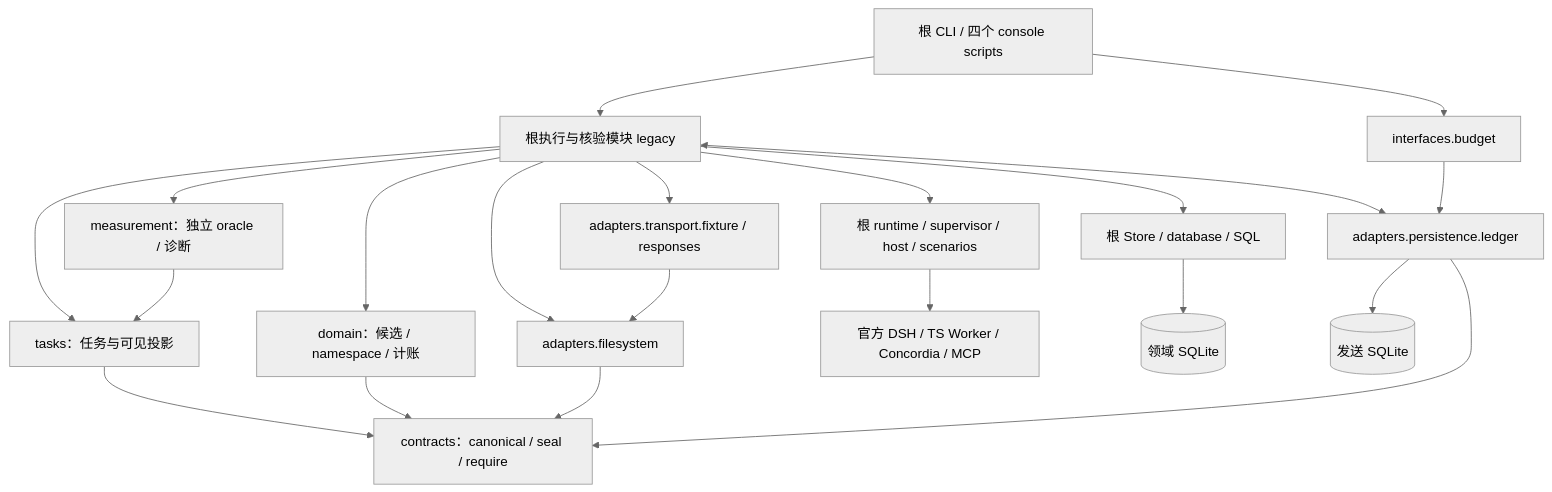
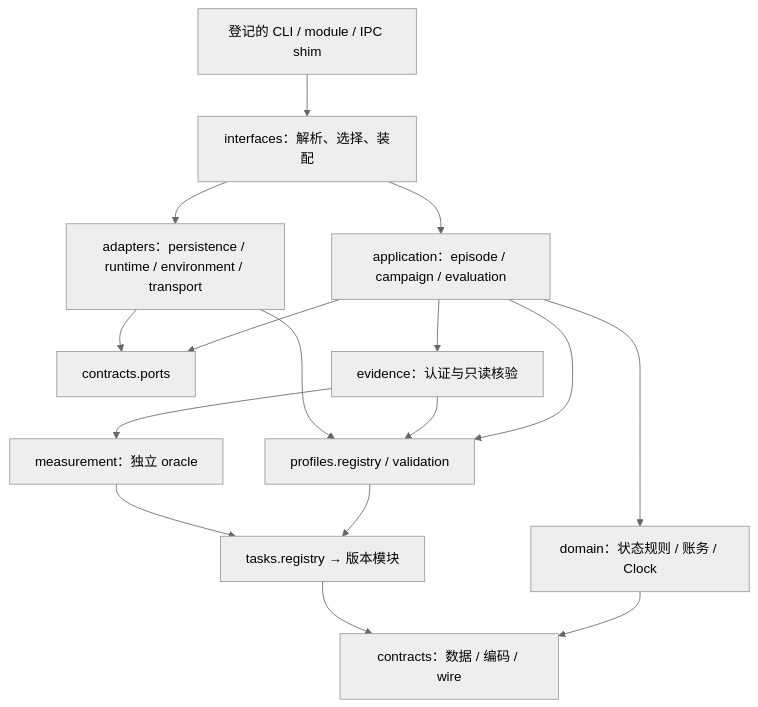
Before and after one commit to ChaunceyKung/Actio-RSI-infra: the diagram in docs/architecture/README.md, drawn with Mermaid (neutral theme). The commit also changed other lines of this file and 293 other files, not shown here.

````diff
--- a/docs/architecture/README.md
+++ b/docs/architecture/README.md
@@ -13,23 +5,18 @@
 ```mermaid
 flowchart TD
-    CLI[根 CLI / 四个 console scripts] --> Legacy[根执行与核验模块 legacy]
-    CLI --> IPC[interfaces.budget]
-    Legacy --> Tasks[tasks：任务与可见投影]
-    Legacy --> Measure[measurement：独立 oracle / 诊断]
-    Measure --> Tasks
-    Legacy --> Domain[domain：候选 / namespace / 计账]
-    Legacy --> FS[adapters.filesystem]
-    Legacy <--> Ledger[adapters.persistence.ledger]
-    IPC --> Ledger
-    Legacy --> Fixture[adapters.transport.fixture / responses]
-    Tasks --> Contracts[contracts：canonical / seal / require]
-    Domain --> Contracts
-    FS --> Contracts
-    Ledger --> Contracts
-    Fixture --> FS
-    Legacy --> Store[根 Store / database / SQL]
-    Legacy --> Runtime[根 runtime / supervisor / host / scenarios]
-    Runtime --> SDK[官方 DSH / TS Worker / Concordia / MCP]
-    Store --> DB[(领域 SQLite)]
-    Ledger --> BudgetDB[(发送 SQLite)]
+    Shim[登记的 CLI / module / IPC shim] --> Interfaces[interfaces：解析、选择、装配]
+    Interfaces --> Application[application：episode / campaign / evaluation]
+    Interfaces --> Adapters[adapters：persistence / runtime / environment / transport]
+    Application --> Ports[contracts.ports]
+    Application --> Evidence[evidence：认证与只读核验]
+    Application --> Profiles[profiles.registry / validation]
+    Application --> Domain[domain：状态规则 / 账务 / Clock]
+    Evidence --> Profiles
+    Profiles --> Tasks[tasks.registry → 版本模块]
+    Evidence --> Measurement[measurement：独立 oracle]
+    Measurement --> Tasks
+    Adapters --> Ports
+    Adapters --> Profiles
+    Domain --> Contracts[contracts：数据 / 编码 / wire]
+    Tasks --> Contracts
 ```
````
